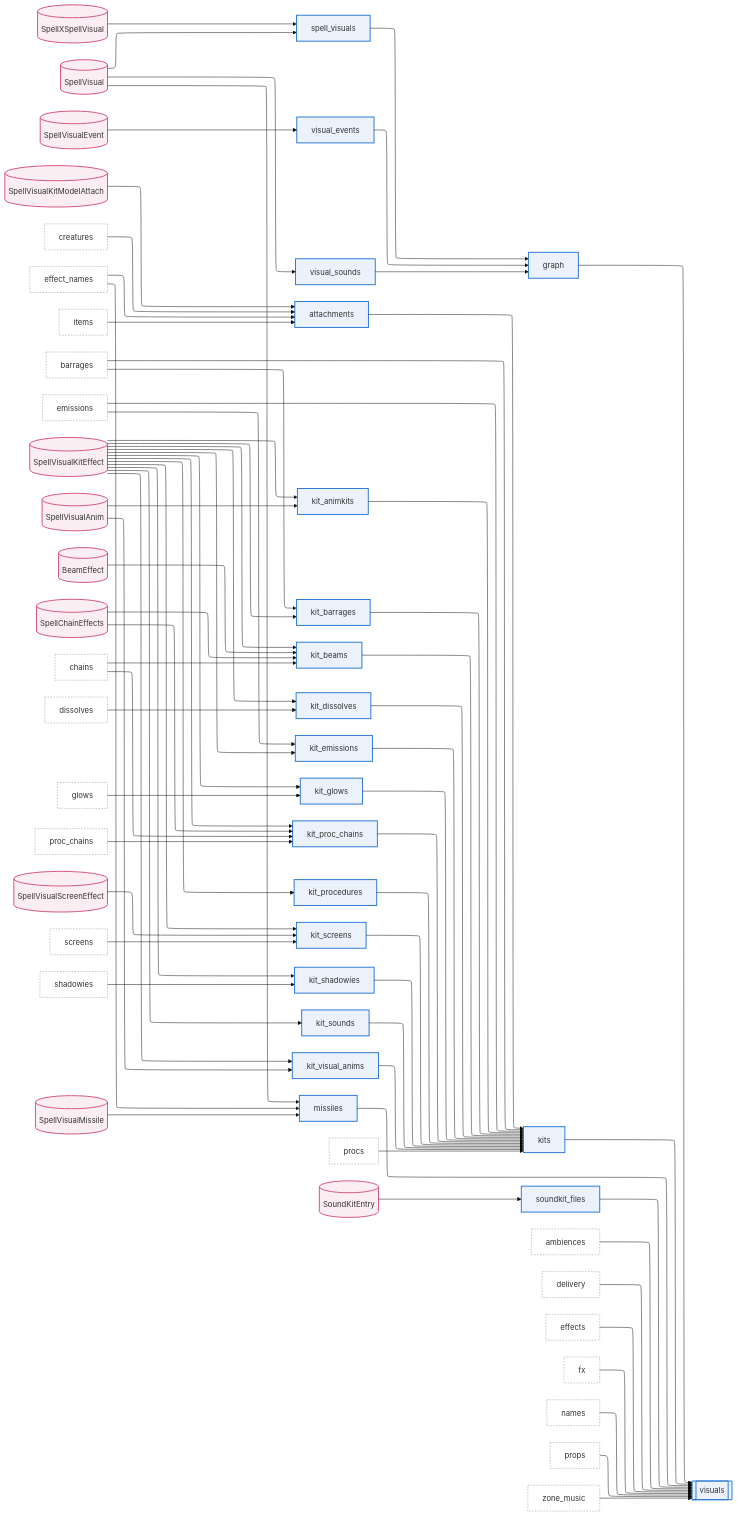
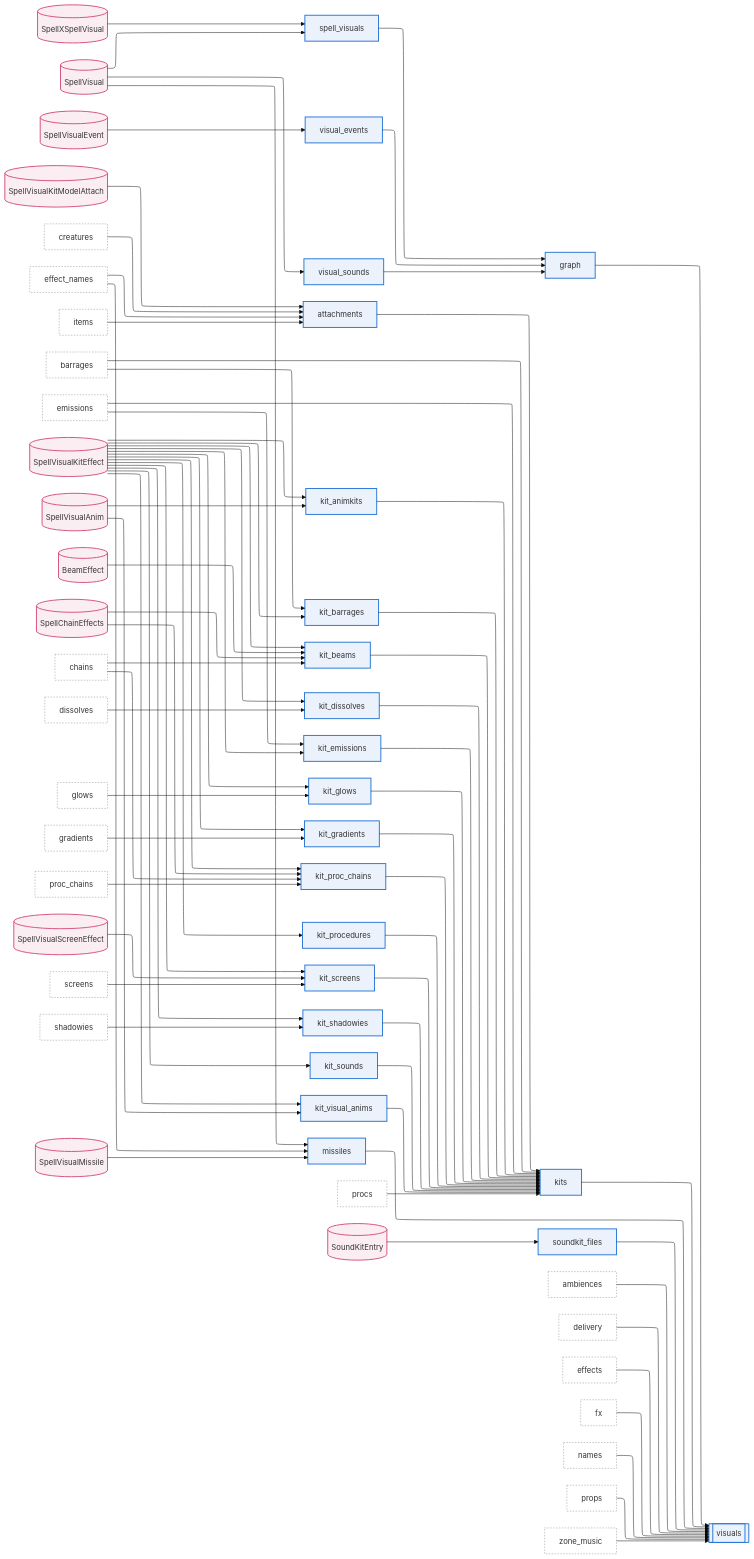
One commit to Natans8/Epsilook changed diagram 31 of 32 in docs/reference/routes.md. Above: the diagram before and after it, drawn with Mermaid (base theme). The commit also changed other lines of this file and 68 other files, not shown here.

````diff
--- a/docs/reference/routes.md
+++ b/docs/reference/routes.md
@@ -1665,6 +1673,7 @@
     f_kit_dissolves[kit_dissolves]
     f_kit_emissions[kit_emissions]
     f_kit_glows[kit_glows]
+    f_kit_gradients[kit_gradients]
     f_kit_proc_chains[kit_proc_chains]
     f_kit_procedures[kit_procedures]
     f_kit_screens[kit_screens]
@@ -1693,6 +1702,7 @@
     f_chains[chains]
     f_dissolves[dissolves]
     f_glows[glows]
+    f_gradients[gradients]
     f_proc_chains[proc_chains]
     t_SpellVisualScreenEffect[(SpellVisualScreenEffect)]
     f_screens[screens]
@@ -1743,6 +1753,9 @@
     f_kit_glows --> f_kits
     t_SpellVisualKitEffect --> f_kit_glows
     f_glows --> f_kit_glows
+    f_kit_gradients --> f_kits
+    t_SpellVisualKitEffect --> f_kit_gradients
+    f_gradients --> f_kit_gradients
     f_kit_proc_chains --> f_kits
     t_SpellVisualKitEffect --> f_kit_proc_chains
     t_SpellChainEffects --> f_kit_proc_chains
@@ -1777,7 +1790,7 @@
     classDef field fill:#2a78d618,stroke:#2a78d6,stroke-width:2px
     classDef elsewhere fill:none,stroke:#898781,stroke-width:1px,stroke-dasharray:3 3
     classDef section fill:#c9850018,stroke:#c98500,stroke-width:2px
-    class f_visuals,f_graph,f_spell_visuals,f_visual_events,f_visual_sounds,f_kits,f_attachments,f_kit_animkits,f_kit_barrages,f_kit_beams,f_kit_dissolves,f_kit_emissions,f_kit_glows,f_kit_proc_chains,f_kit_procedures,f_kit_screens,f_kit_shadowies,f_kit_sounds,f_kit_visual_anims,f_missiles,f_soundkit_files field
-    class f_ambiences,f_delivery,f_effects,f_fx,f_creatures,f_effect_names,f_items,f_barrages,f_emissions,f_chains,f_dissolves,f_glows,f_proc_chains,f_screens,f_shadowies,f_procs,f_names,f_props,f_zone_music elsewhere
+    class f_visuals,f_graph,f_spell_visuals,f_visual_events,f_visual_sounds,f_kits,f_attachments,f_kit_animkits,f_kit_barrages,f_kit_beams,f_kit_dissolves,f_kit_emissions,f_kit_glows,f_kit_gradients,f_kit_proc_chains,f_kit_procedures,f_kit_screens,f_kit_shadowies,f_kit_sounds,f_kit_visual_anims,f_missiles,f_soundkit_files field
+    class f_ambiences,f_delivery,f_effects,f_fx,f_creatures,f_effect_names,f_items,f_barrages,f_emissions,f_chains,f_dissolves,f_glows,f_gradients,f_proc_chains,f_screens,f_shadowies,f_procs,f_names,f_props,f_zone_music elsewhere
     class t_SpellXSpellVisual,t_SpellVisual,t_SpellVisualEvent,t_SpellVisualKitModelAttach,t_SpellVisualKitEffect,t_SpellVisualAnim,t_BeamEffect,t_SpellChainEffects,t_SpellVisualScreenEffect,t_SpellVisualMissile,t_SoundKitEntry table
 ```
````
